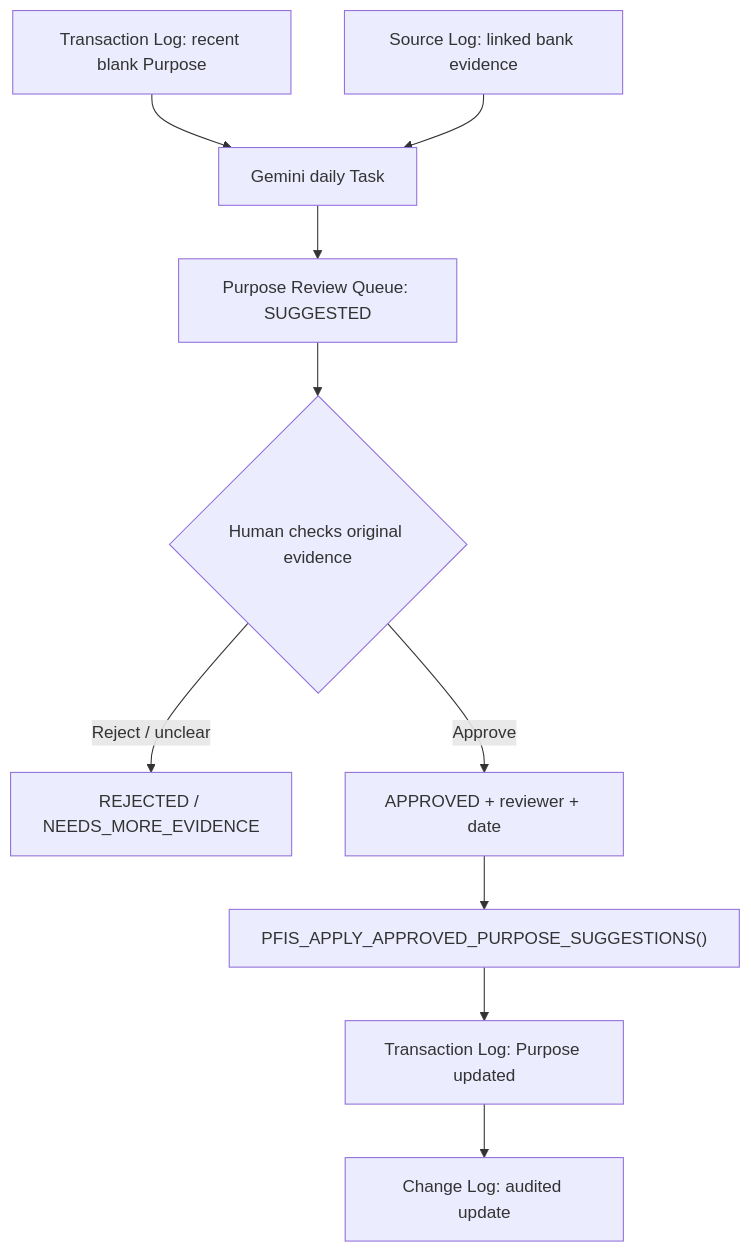
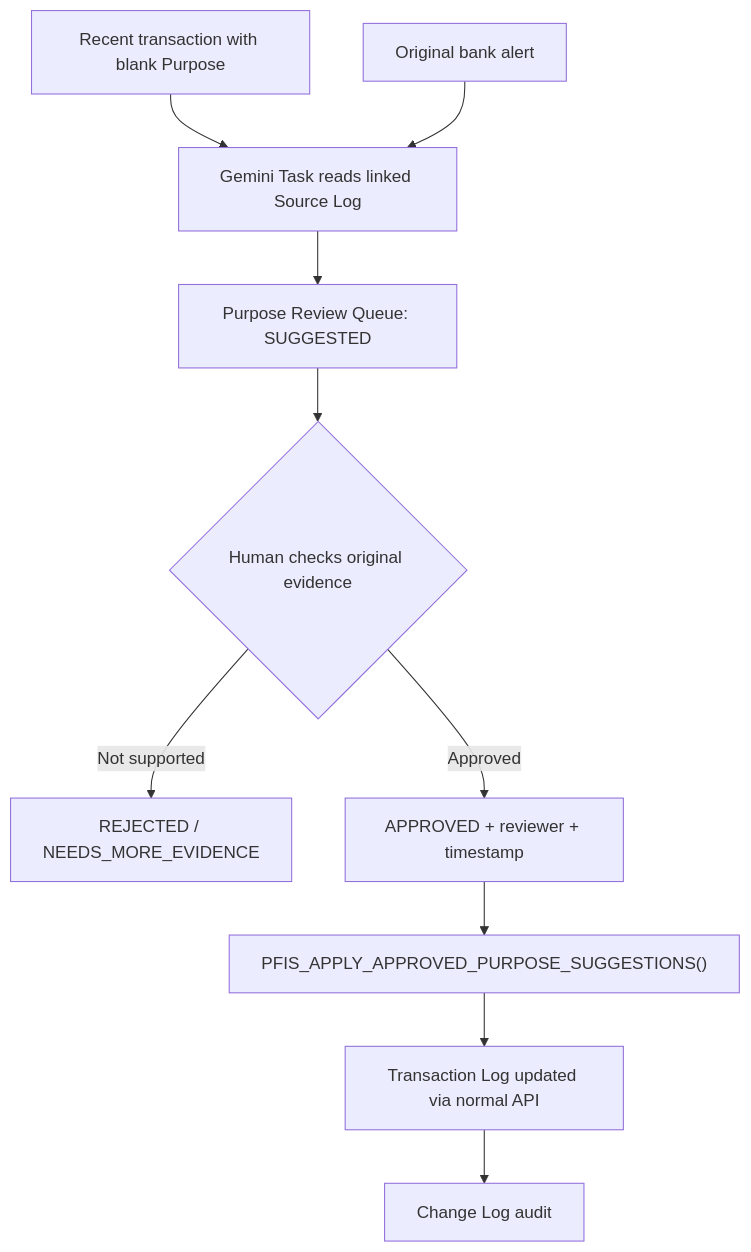
The second of 3 diagrams in README.md (asish312/Personal-Finance-Intelligence-System), drawn with Mermaid before and after one commit. The commit also changed other lines of this file, not shown here.

Commit message:
Consolidate PFIS story, UI, operations and Gemini guides into README

````diff
--- a/README.md
+++ b/README.md
@@ -278,12 +283,12 @@
-```mermaid
+~~~mermaid
 flowchart TD
-  A["Transaction Log: recent blank Purpose"] --> C["Gemini daily Task"]
-  B["Source Log: linked bank evidence"] --> C
+  A["Recent transaction with blank Purpose"] --> C["Gemini Task reads linked Source Log"]
+  B["Original bank alert"] --> C
   C --> D["Purpose Review Queue: SUGGESTED"]
   D --> E{"Human checks original evidence"}
-  E -->|"Reject / unclear"| F["REJECTED / NEEDS_MORE_EVIDENCE"]
-  E -->|"Approve"| G["APPROVED + reviewer + date"]
+  E -->|"Not supported"| F["REJECTED / NEEDS_MORE_EVIDENCE"]
+  E -->|"Approved"| G["APPROVED + reviewer + timestamp"]
   G --> H["PFIS_APPLY_APPROVED_PURPOSE_SUGGESTIONS()"]
-  H --> I["Transaction Log: Purpose updated"]
-  I --> J["Change Log: audited update"]
-```
+  H --> I["Transaction Log updated via normal API"]
+  I --> J["Change Log audit"]
+~~~
````
